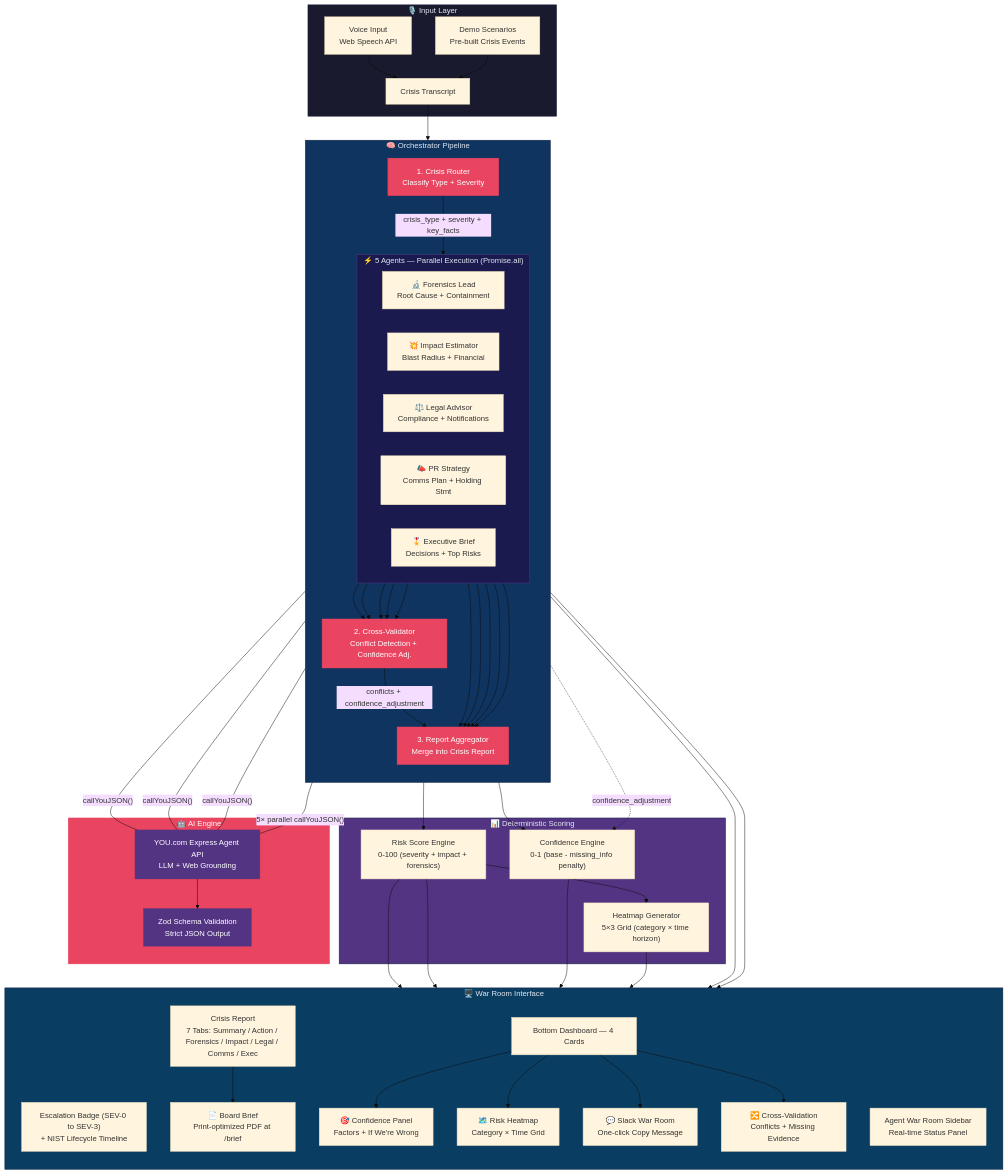
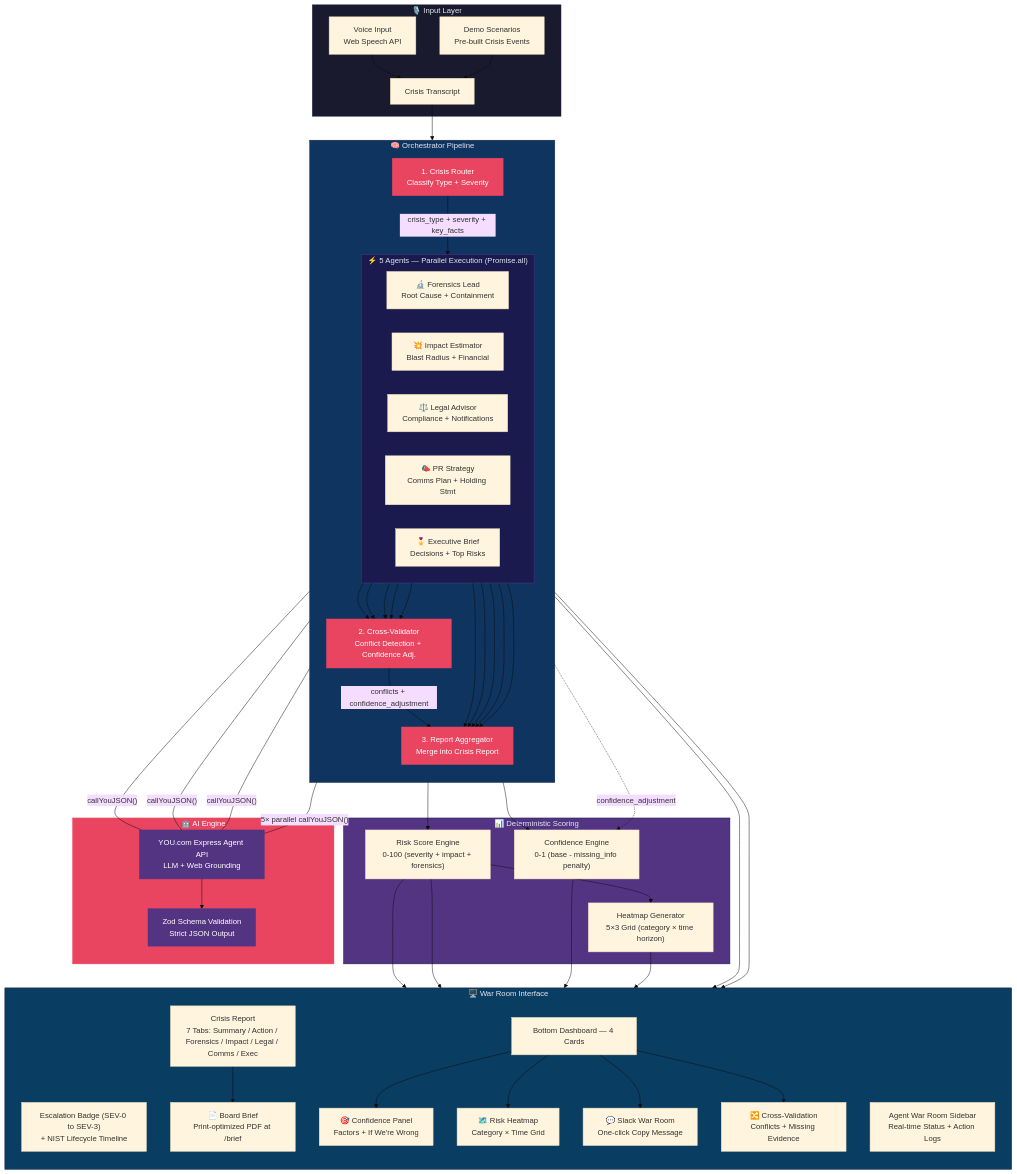
Before and after one commit to manojmallick/ai-crisis-commander: the diagram in architecture.mmd, drawn with Mermaid (base theme). The commit also changed 1 other file, not shown here.

Commit message:
docs: update readme and architecture with agent log features

```diff
--- a/architecture.mmd
+++ b/architecture.mmd
@@ -1,113 +1,113 @@
 graph TB
     subgraph Input["🎙️ Input Layer"]
         VOICE["Voice Input<br/>Web Speech API"]
         SCENARIO["Demo Scenarios<br/>Pre-built Crisis Events"]
         TRANSCRIPT["Crisis Transcript"]
     end
 
     subgraph Orchestrator["🧠 Orchestrator Pipeline"]
         direction TB
         ROUTER["1. Crisis Router<br/>Classify Type + Severity"]
         
         subgraph Agents["⚡ 5 Agents — Parallel Execution (Promise.all)"]
             direction LR
             FORENSICS["🔬 Forensics Lead<br/>Root Cause + Containment"]
             IMPACT["💥 Impact Estimator<br/>Blast Radius + Financial"]
             LEGAL["⚖️ Legal Advisor<br/>Compliance + Notifications"]
             PR["📣 PR Strategy<br/>Comms Plan + Holding Stmt"]
             EXEC["🎖️ Executive Brief<br/>Decisions + Top Risks"]
         end
 
         CROSSCHECK["2. Cross-Validator<br/>Conflict Detection + Confidence Adj."]
         AGGREGATOR["3. Report Aggregator<br/>Merge into Crisis Report"]
     end
 
     subgraph Scoring["📊 Deterministic Scoring"]
         RISK["Risk Score Engine<br/>0-100 (severity + impact + forensics)"]
         CONFIDENCE["Confidence Engine<br/>0-1 (base - missing_info penalty)"]
         HEATMAP["Heatmap Generator<br/>5×3 Grid (category × time horizon)"]
     end
 
     subgraph AI["🤖 AI Engine"]
         YOU["YOU.com Express Agent API<br/>LLM + Web Grounding"]
         ZOD["Zod Schema Validation<br/>Strict JSON Output"]
     end
 
     subgraph UI["🖥️ War Room Interface"]
         direction TB
         BANNER["Escalation Badge (SEV-0 to SEV-3)<br/>+ NIST Lifecycle Timeline"]
-        SIDEBAR["Agent War Room Sidebar<br/>Real-time Status Panel"]
+        SIDEBAR["Agent War Room Sidebar<br/>Real-time Status + Action Logs"]
         REPORT["Crisis Report<br/>7 Tabs: Summary / Action / Forensics / Impact / Legal / Comms / Exec"]
         DASHBOARD["Bottom Dashboard — 4 Cards"]
         CONF_PANEL["🎯 Confidence Panel<br/>Factors + If We're Wrong"]
         HEAT_PANEL["🗺️ Risk Heatmap<br/>Category × Time Grid"]
         SLACK_PANEL["💬 Slack War Room<br/>One-click Copy Message"]
         CROSS_PANEL["🔀 Cross-Validation<br/>Conflicts + Missing Evidence"]
         BRIEF["📄 Board Brief<br/>Print-optimized PDF at /brief"]
     end
 
     %% Input flow
     VOICE --> TRANSCRIPT
     SCENARIO --> TRANSCRIPT
     TRANSCRIPT --> ROUTER
 
     %% Router to Agents
     ROUTER -->|"crisis_type + severity + key_facts"| Agents
 
     %% Agents to Cross-Check
     FORENSICS --> CROSSCHECK
     IMPACT --> CROSSCHECK
     LEGAL --> CROSSCHECK
     PR --> CROSSCHECK
     EXEC --> CROSSCHECK
 
     %% Cross-Check to Aggregator
     CROSSCHECK -->|"conflicts + confidence_adjustment"| AGGREGATOR
 
     %% All agent outputs to Aggregator
     FORENSICS --> AGGREGATOR
     IMPACT --> AGGREGATOR
     LEGAL --> AGGREGATOR
     PR --> AGGREGATOR
     EXEC --> AGGREGATOR
 
     %% AI Engine connections
     ROUTER ---|"callYouJSON()"| YOU
     Agents ---|"5× parallel callYouJSON()"| YOU
     CROSSCHECK ---|"callYouJSON()"| YOU
     AGGREGATOR ---|"callYouJSON()"| YOU
     YOU --> ZOD
 
     %% Scoring
     AGGREGATOR --> RISK
     AGGREGATOR --> CONFIDENCE
     CROSSCHECK -.->|"confidence_adjustment"| CONFIDENCE
     RISK --> HEATMAP
 
     %% Scoring to UI
     RISK --> BANNER
     RISK --> HEAT_PANEL
     CONFIDENCE --> CONF_PANEL
     HEATMAP --> HEAT_PANEL
     AGGREGATOR --> REPORT
     CROSSCHECK --> CROSS_PANEL
     REPORT --> BRIEF
 
     %% UI Layout
     DASHBOARD --> CONF_PANEL
     DASHBOARD --> HEAT_PANEL
     DASHBOARD --> SLACK_PANEL
     DASHBOARD --> CROSS_PANEL
 
     %% Styling
     style Input fill:#1a1a2e,stroke:#16213e,color:#e2e8f0
     style Orchestrator fill:#0f3460,stroke:#16213e,color:#e2e8f0
     style Agents fill:#1a1a4e,stroke:#533483,color:#e2e8f0
     style Scoring fill:#533483,stroke:#16213e,color:#e2e8f0
     style AI fill:#e94560,stroke:#e94560,color:#fff
     style UI fill:#0a3d62,stroke:#16213e,color:#e2e8f0
     style ROUTER fill:#e94560,stroke:#e94560,color:#fff
     style CROSSCHECK fill:#e94560,stroke:#e94560,color:#fff
     style AGGREGATOR fill:#e94560,stroke:#e94560,color:#fff
     style YOU fill:#533483,stroke:#533483,color:#fff
     style ZOD fill:#533483,stroke:#533483,color:#fff
```
